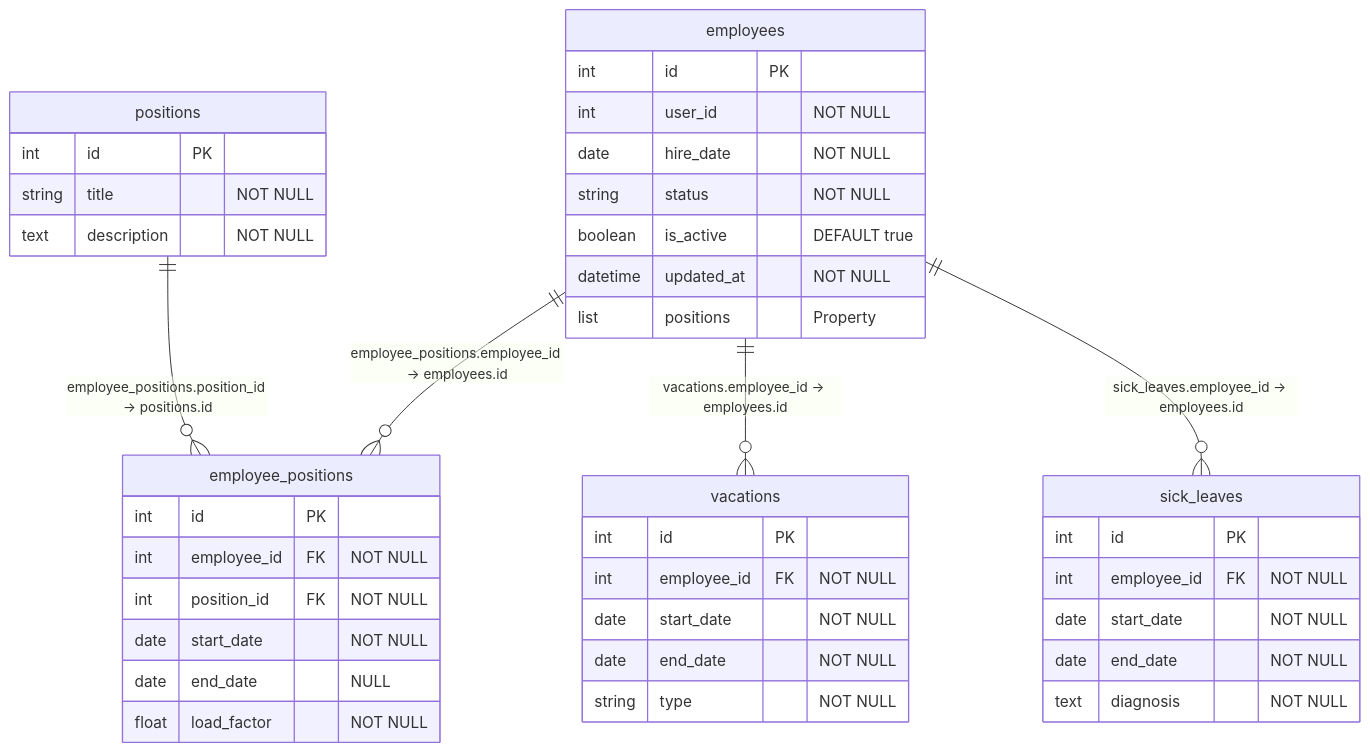
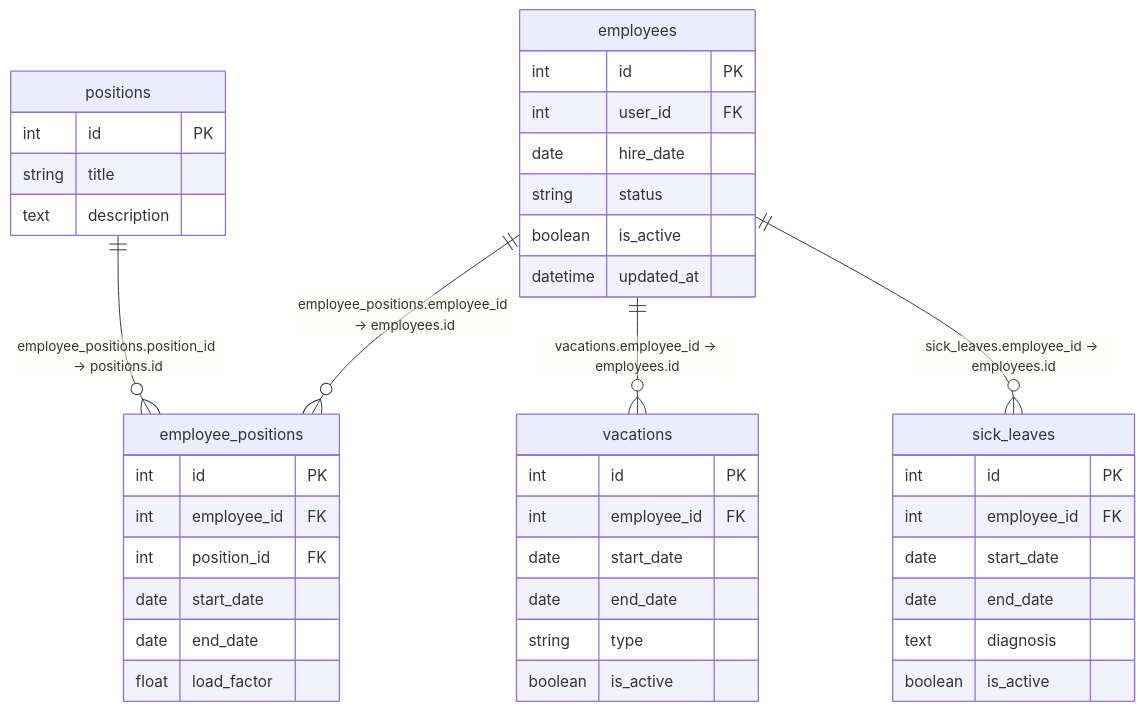
Before and after one commit to YuriSilenok/KPK_UP2_24-1P11: the diagram in S10/doc.md, drawn with Mermaid. The commit also changed other lines of this file, not shown here.

````diff
--- a/S10/doc.md
+++ b/S10/doc.md
@@ -151,44 +237,45 @@
 ```mermaid
 erDiagram
     employees {
         int id PK
-        int user_id "NOT NULL"
-        date hire_date "NOT NULL"
-        string status "NOT NULL"
-        boolean is_active "DEFAULT true"
-        datetime updated_at "NOT NULL"
-        list positions "Property"
+        int user_id FK
+        date hire_date
+        string status
+        boolean is_active
+        datetime updated_at
     }
     positions {
         int id PK
-        string title "NOT NULL"
-        text description "NOT NULL"
+        string title
+        text description
     }
     employee_positions {
         int id PK
-        int employee_id FK "NOT NULL"
-        int position_id FK "NOT NULL"
-        date start_date "NOT NULL"
-        date end_date "NULL"
-        float load_factor "NOT NULL"
+        int employee_id FK
+        int position_id FK
+        date start_date
+        date end_date
+        float load_factor
     }
     vacations {
         int id PK
-        int employee_id FK "NOT NULL"
-        date start_date "NOT NULL"
-        date end_date "NOT NULL"
-        string type "NOT NULL"
+        int employee_id FK
+        date start_date
+        date end_date
+        string type
+        boolean is_active
     }
     sick_leaves {
         int id PK
-        int employee_id FK "NOT NULL"
-        date start_date "NOT NULL"
-        date end_date "NOT NULL"
-        text diagnosis "NOT NULL"
+        int employee_id FK
+        date start_date
+        date end_date
+        text diagnosis
+        boolean is_active
     }
 
     employees ||--o{ employee_positions : "employee_positions.employee_id -> employees.id"
     positions ||--o{ employee_positions : "employee_positions.position_id -> positions.id"
     employees ||--o{ vacations : "vacations.employee_id -> employees.id"
     employees ||--o{ sick_leaves : "sick_leaves.employee_id -> employees.id"
 ```
````
